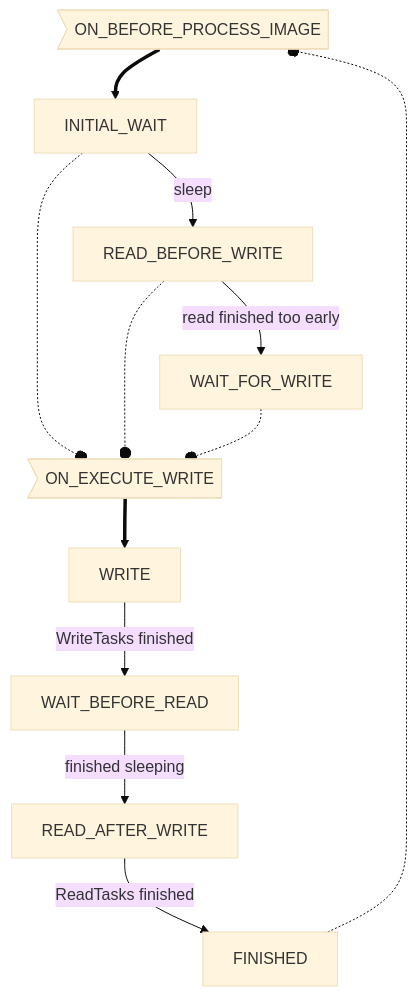
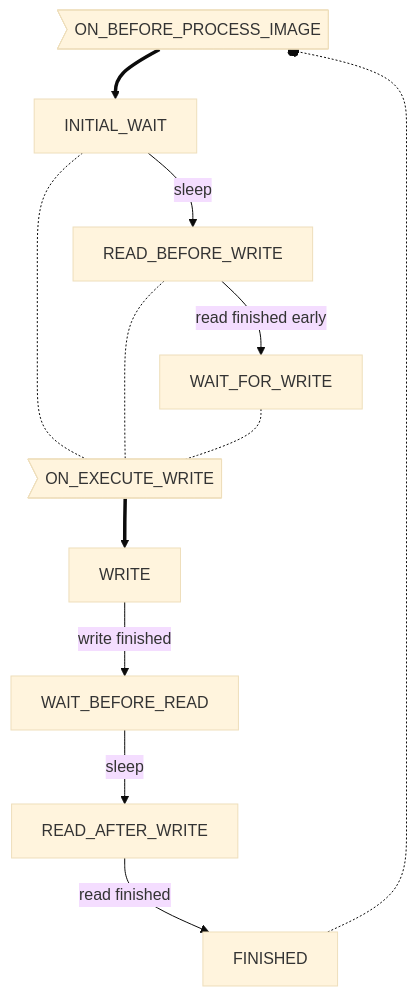
One commit to OpenEMS/openems changed the diagram in io.openems.edge.bridge.modbus/doc/statemachine.md. Above: the diagram before and after it, drawn with Mermaid (base theme).

Commit message:
Update State-Machine

````diff
--- a/io.openems.edge.bridge.modbus/doc/statemachine.md
+++ b/io.openems.edge.bridge.modbus/doc/statemachine.md
@@ -3,19 +3,19 @@
 ```mermaid
 graph TD
 ON_BEFORE_PROCESS_IMAGE>ON_BEFORE_PROCESS_IMAGE]
 ON_EXECUTE_WRITE>ON_EXECUTE_WRITE]
 
 ON_EXECUTE_WRITE ==> WRITE
 INITIAL_WAIT -->|sleep| READ_BEFORE_WRITE
-INITIAL_WAIT -.-o ON_EXECUTE_WRITE
-READ_BEFORE_WRITE -->|read finished too early| WAIT_FOR_WRITE
-READ_BEFORE_WRITE -.-o ON_EXECUTE_WRITE
-WAIT_FOR_WRITE -.-o ON_EXECUTE_WRITE
+INITIAL_WAIT -.- ON_EXECUTE_WRITE
+READ_BEFORE_WRITE -->|read finished early| WAIT_FOR_WRITE
+READ_BEFORE_WRITE -.- ON_EXECUTE_WRITE
+WAIT_FOR_WRITE -.- ON_EXECUTE_WRITE
 
-WRITE -->|WriteTasks finished| WAIT_BEFORE_READ
-WAIT_BEFORE_READ -->|finished sleeping| READ_AFTER_WRITE
-READ_AFTER_WRITE -->|ReadTasks finished| FINISHED
+WRITE -->|write finished| WAIT_BEFORE_READ
+WAIT_BEFORE_READ -->|sleep| READ_AFTER_WRITE
+READ_AFTER_WRITE -->|read finished| FINISHED
 
 ON_BEFORE_PROCESS_IMAGE ==> INITIAL_WAIT
 FINISHED -.-o ON_BEFORE_PROCESS_IMAGE
 ```
````
